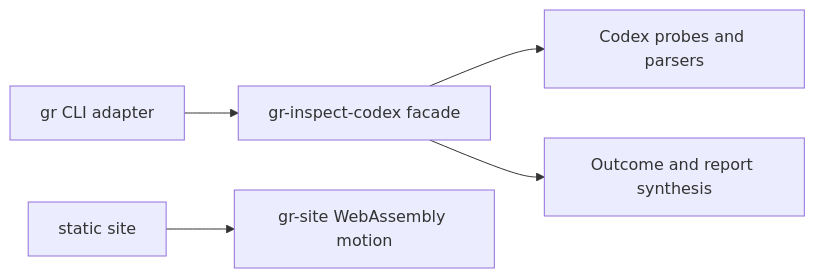
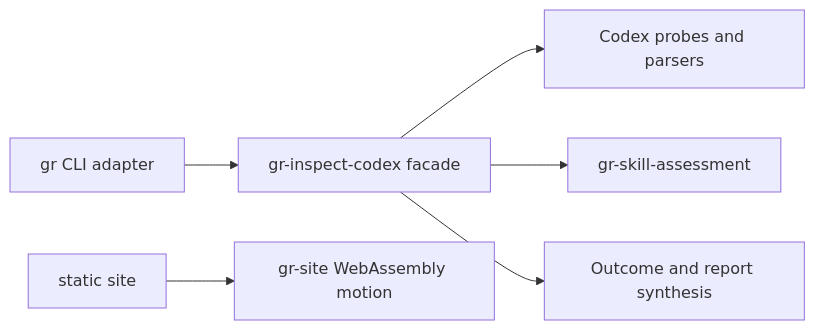
The diagram in ARCHITECTURE-SPINE.md (heurema/goalrail-rs), drawn with Mermaid before and after one commit. The commit also changed other lines of this file and 17 other files, not shown here.

Commit message:
Enforce skill assessment crate boundary

````diff
--- a/ARCHITECTURE-SPINE.md
+++ b/ARCHITECTURE-SPINE.md
@@ -16,7 +16,8 @@
 ```mermaid
 flowchart LR
     CLI["gr CLI adapter"] --> Facade["gr-inspect-codex facade"]
     Facade --> Probes["Codex probes and parsers"]
+    Facade --> Assessment["gr-skill-assessment"]
     Facade --> Report["Outcome and report synthesis"]
     Browser["static site"] --> Motion["gr-site WebAssembly motion"]
 ```
````
